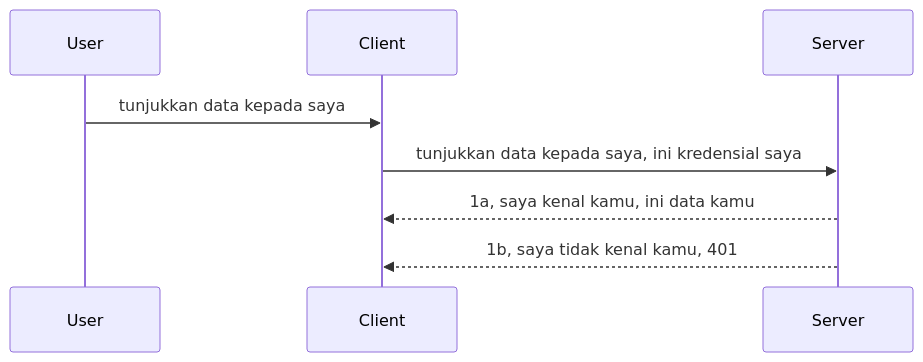
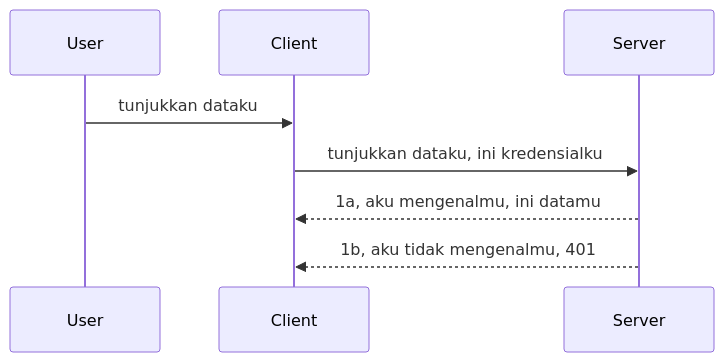
One commit to HIDORAKAI002/ai-workspace-archive changed the diagram in mcp_ecosystem__model_context_protocol/mcp_learning_resources/mcp-for-beginners/translations/id/03-GettingStarted/11-simple-auth/README.md. Above: the diagram before and after it, drawn with Mermaid. The commit also changed other lines of this file and 1046 other files, not shown here.

````diff
--- a/mcp_ecosystem__model_context_protocol/mcp_learning_resources/mcp-for-beginners/translations/id/03-GettingStarted/11-simple-auth/README.md
+++ b/mcp_ecosystem__model_context_protocol/mcp_learning_resources/mcp-for-beginners/translations/id/03-GettingStarted/11-simple-auth/README.md
@@ -24,11 +24,11 @@
 ```mermaid
 sequenceDiagram
    participant User
    participant Client
    participant Server
 
-   User->>Client: tunjukkan data kepada saya
-   Client->>Server: tunjukkan data kepada saya, ini kredensial saya
-   Server-->>Client: 1a, saya kenal kamu, ini data kamu
-   Server-->>Client: 1b, saya tidak kenal kamu, 401 
+   User->>Client: tunjukkan dataku
+   Client->>Server: tunjukkan dataku, ini kredensialku
+   Server-->>Client: 1a, aku mengenalmu, ini datamu
+   Server-->>Client: 1b, aku tidak mengenalmu, 401 
 ```
````
